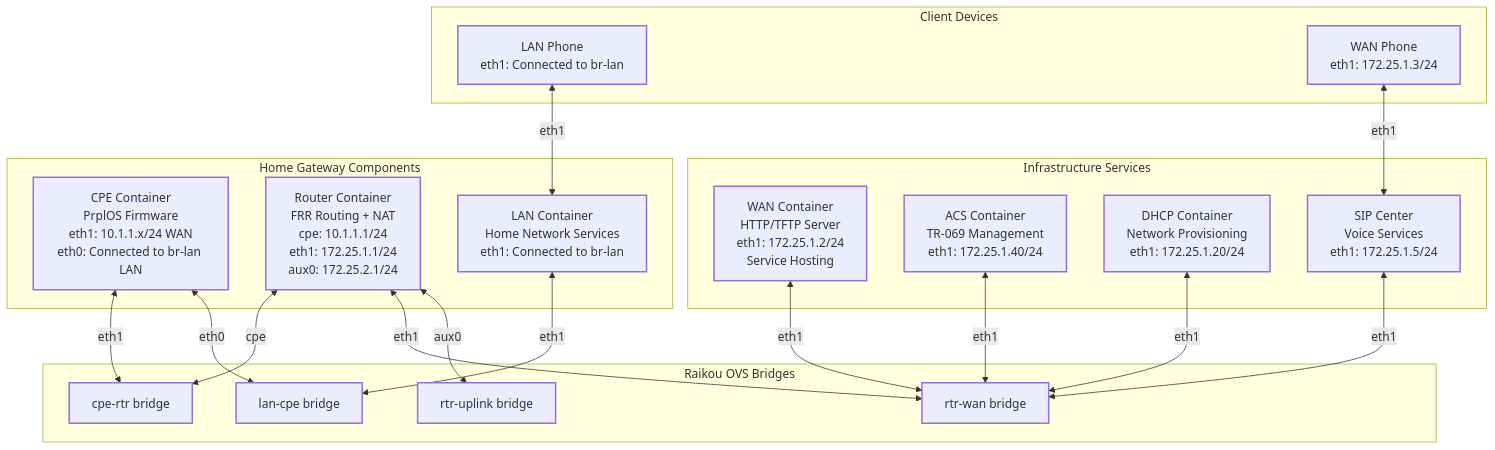
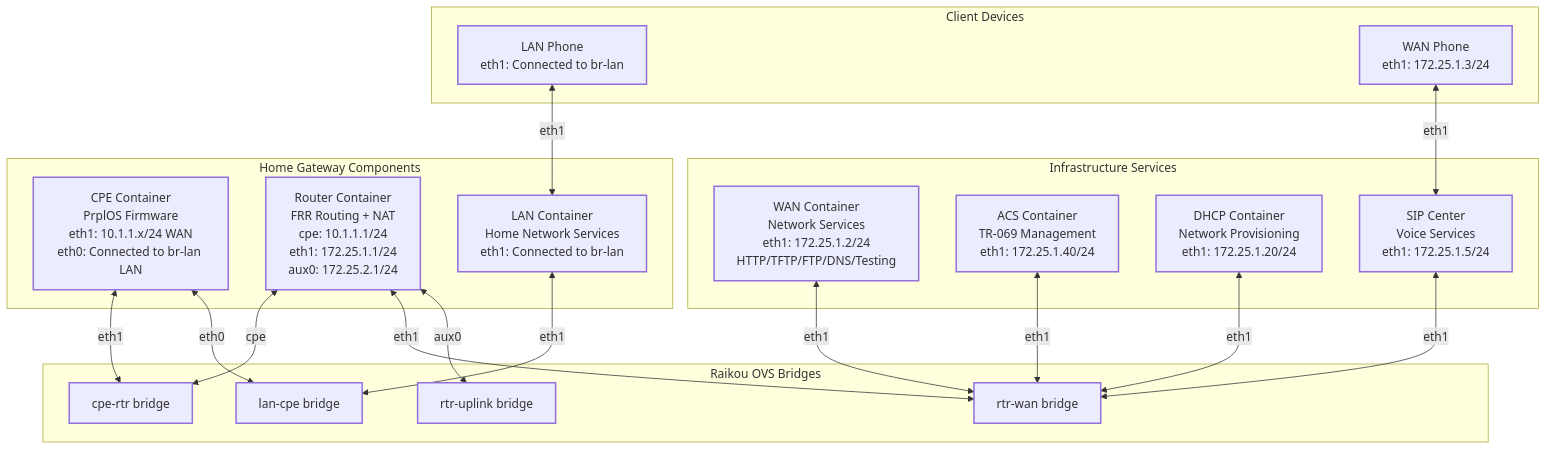
One commit to alottabits/boardfarm-bdd changed the second of 2 diagrams in docs/Testbed Network Topology.md. Above: the diagram before and after it, drawn with Mermaid. The commit also changed other lines of this file, not shown here.

Commit message:
further enhancing the Network topology documentation

````diff
--- a/docs/Testbed Network Topology.md
+++ b/docs/Testbed Network Topology.md
@@ -89,55 +79,55 @@
 ```mermaid
 graph TB
     subgraph "Raikou OVS Bridges"
         BRIDGE_CPE_RTR[cpe-rtr bridge]
         BRIDGE_LAN_CPE[lan-cpe bridge]
         BRIDGE_RTR_WAN[rtr-wan bridge]
         BRIDGE_RTR_UPLINK[rtr-uplink bridge]
     end
     
     subgraph "Home Gateway Components"
         CPE[CPE Container<br/>PrplOS Firmware<br/>eth1: 10.1.1.x/24 WAN<br/>eth0: Connected to br-lan LAN]
         ROUTER[Router Container<br/>FRR Routing + NAT<br/>cpe: 10.1.1.1/24<br/>eth1: 172.25.1.1/24<br/>aux0: 172.25.2.1/24]
         LAN[LAN Container<br/>Home Network Services<br/>eth1: Connected to br-lan]
     end
     
     subgraph "Infrastructure Services"
-        WAN[WAN Container<br/>HTTP/TFTP Server<br/>eth1: 172.25.1.2/24<br/>Service Hosting]
+        WAN[WAN Container<br/>Network Services<br/>eth1: 172.25.1.2/24<br/>HTTP/TFTP/FTP/DNS/Testing]
         ACS[ACS Container<br/>TR-069 Management<br/>eth1: 172.25.1.40/24]
         DHCP[DHCP Container<br/>Network Provisioning<br/>eth1: 172.25.1.20/24]
         SIP[SIP Center<br/>Voice Services<br/>eth1: 172.25.1.5/24]
     end
     
     subgraph "Client Devices"
         LAN_PHONE[LAN Phone<br/>eth1: Connected to br-lan]
         WAN_PHONE[WAN Phone<br/>eth1: 172.25.1.3/24]
     end
     
     %% Raikou Bridge Connections
     CPE <-->|eth1| BRIDGE_CPE_RTR
     ROUTER <-->|cpe| BRIDGE_CPE_RTR
     
     CPE <-->|eth0| BRIDGE_LAN_CPE
     LAN <-->|eth1| BRIDGE_LAN_CPE
     LAN_PHONE <-->|eth1| LAN
     
     ROUTER <-->|eth1| BRIDGE_RTR_WAN
     WAN <-->|eth1| BRIDGE_RTR_WAN
     ACS <-->|eth1| BRIDGE_RTR_WAN
     DHCP <-->|eth1| BRIDGE_RTR_WAN
     SIP <-->|eth1| BRIDGE_RTR_WAN
     WAN_PHONE <-->|eth1| SIP
     
     ROUTER <-->|aux0| BRIDGE_RTR_UPLINK
     
     %% Styling - Using default theme for automatic light/dark mode support
     classDef gateway stroke-width:2px
     classDef infrastructure stroke-width:2px
     classDef client stroke-width:2px
     classDef bridge stroke-width:2px
     
     class CPE,ROUTER,LAN gateway
     class WAN,ACS,DHCP,SIP infrastructure
     class LAN_PHONE,WAN_PHONE client
     class BRIDGE_CPE_RTR,BRIDGE_LAN_CPE,BRIDGE_RTR_WAN,BRIDGE_RTR_UPLINK bridge
 ```
````
